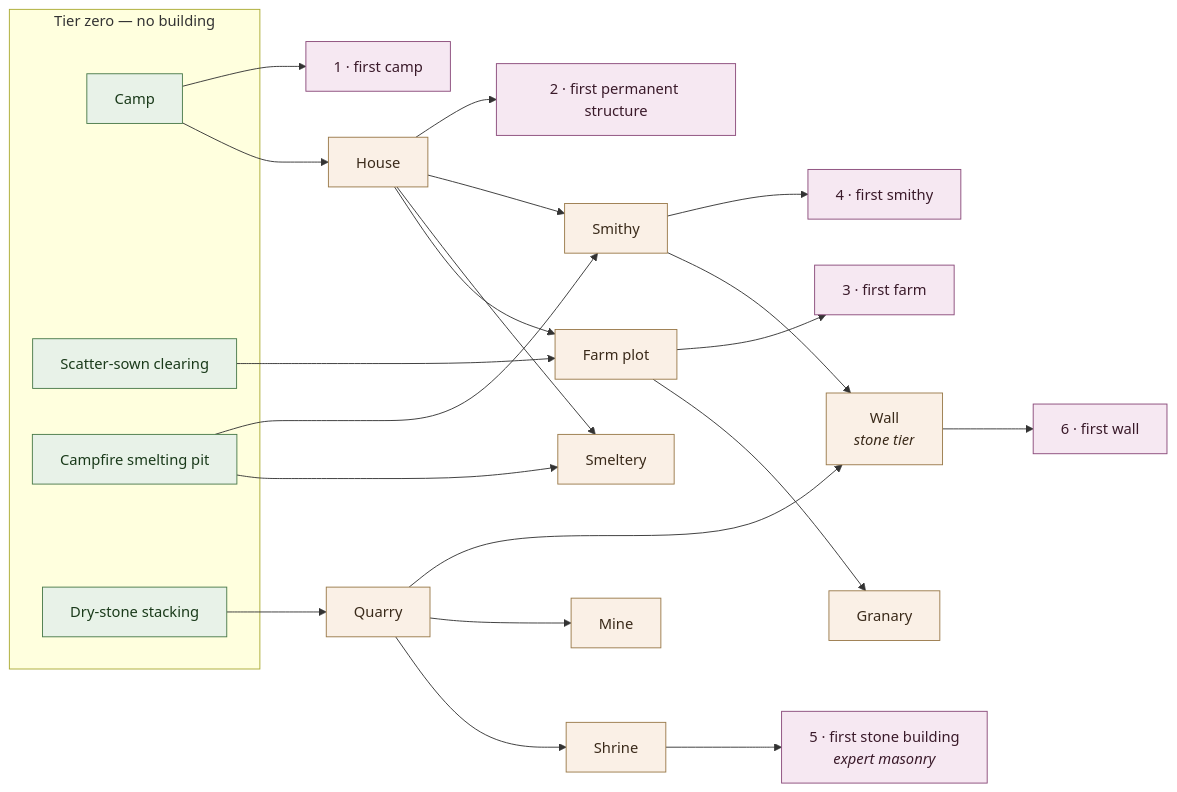
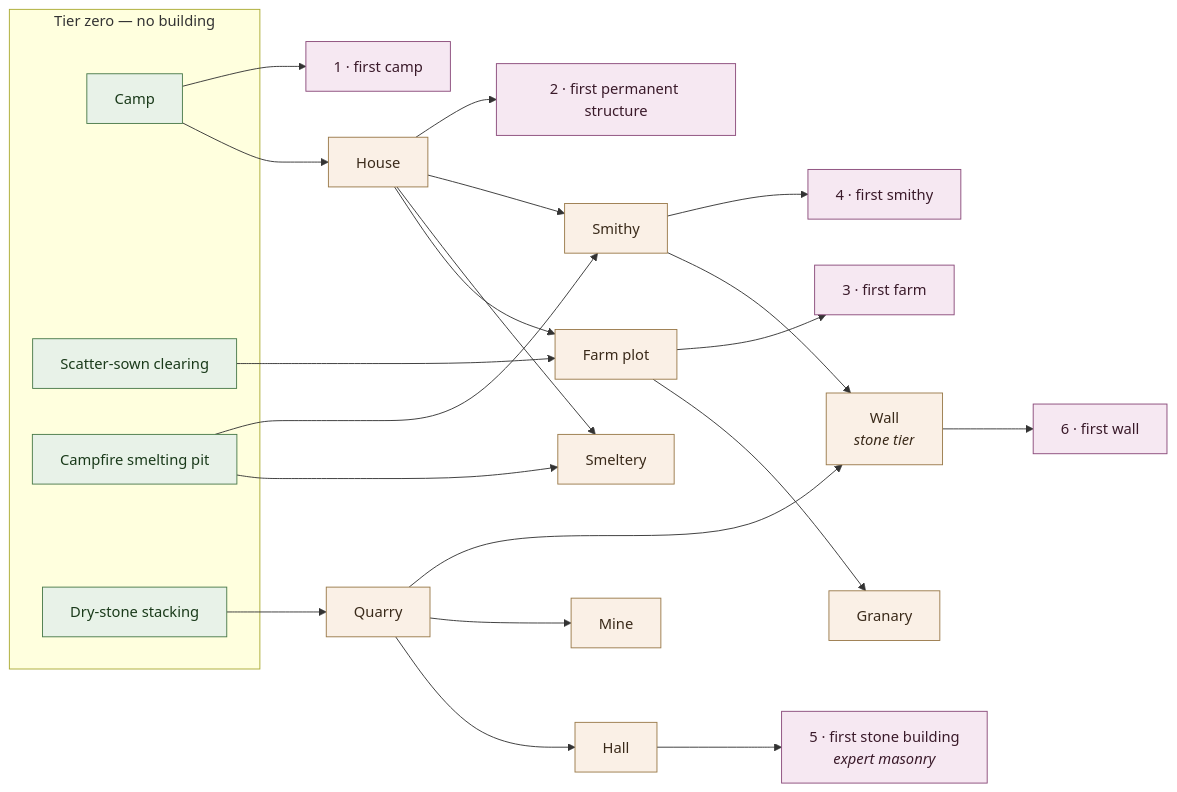
The second of 2 diagrams in docs/design/kingdom-watch-economy-ladder.md (zhollis21/KingdomWatch), drawn with Mermaid before and after one commit. The commit also changed other lines of this file and 3 other files, not shown here.

````diff
--- a/docs/design/kingdom-watch-economy-ladder.md
+++ b/docs/design/kingdom-watch-economy-ladder.md
@@ -533,34 +532,34 @@
 ```mermaid
 flowchart LR
   classDef tier0 fill:#e8f2e8,stroke:#4a7a4a,color:#1a3a1a
   classDef bld fill:#faf0e6,stroke:#9a7a4a,color:#3a2a1a
   classDef ms fill:#f6e8f2,stroke:#8a4a7a,color:#3a1a2a
 
   subgraph T0["Tier zero — no building"]
     Camp["Camp"]:::tier0
     Clearing["Scatter-sown clearing"]:::tier0
     Pit["Campfire smelting pit"]:::tier0
     Dry["Dry-stone stacking"]:::tier0
   end
 
   Camp --> House["House"]:::bld
   Clearing --> Plot["Farm plot"]:::bld
   House --> Plot
   Plot --> Granary["Granary"]:::bld
   Dry --> QuarryB["Quarry"]:::bld
-  QuarryB --> Shrine["Shrine"]:::bld
+  QuarryB --> Hall["Hall"]:::bld
   QuarryB --> MineB["Mine"]:::bld
   Pit --> Smeltery["Smeltery"]:::bld
   House --> Smeltery
   Pit --> Smithy["Smithy"]:::bld
   House --> Smithy
   QuarryB --> Wall["Wall<br/><i>stone tier</i>"]:::bld
   Smithy --> Wall
 
   Camp --> M1["1 · first camp"]:::ms
   House --> M2["2 · first permanent structure"]:::ms
   Plot --> M3["3 · first farm"]:::ms
   Smithy --> M4["4 · first smithy"]:::ms
-  Shrine --> M5["5 · first stone building<br/><i>expert masonry</i>"]:::ms
+  Hall --> M5["5 · first stone building<br/><i>expert masonry</i>"]:::ms
   Wall --> M6["6 · first wall"]:::ms
 ```
````
